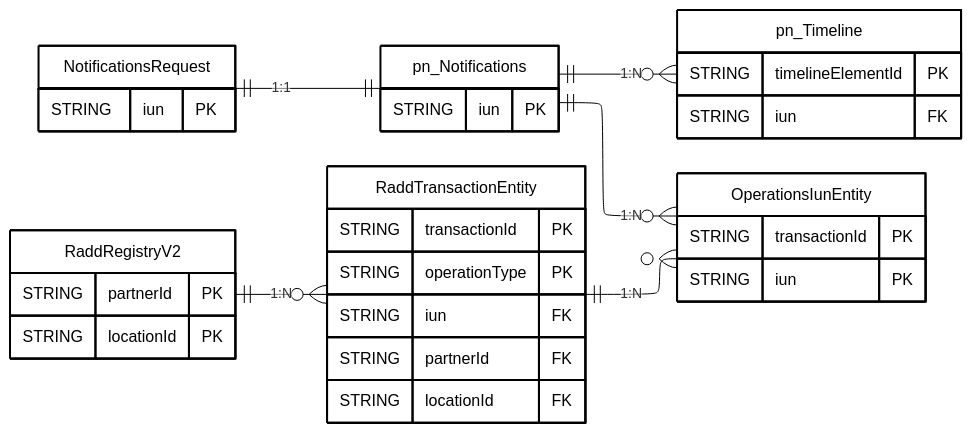
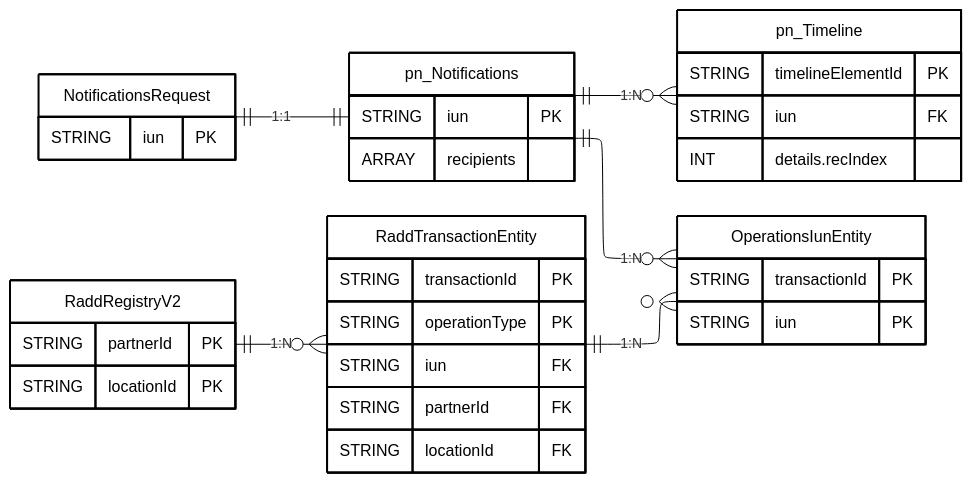
One commit to pagopa/pn-metrics changed the diagram in send_diagrams/data-models/send_er_model.mmd. Above: the diagram before and after it, drawn with Mermaid.

Commit message:
docs: update SEND ER diagram with join by recipient level

```diff
--- a/send_diagrams/data-models/send_er_model.mmd
+++ b/send_diagrams/data-models/send_er_model.mmd
@@ -1,96 +1,99 @@
 ---
 config:
   layout: elk
   theme: base
   themeVariables:
     background: "#FFFFFF"
     labelBackgroundColor: "#FFFFFF"
     entityBkgColor: "#FFFFFF"
     attributeBkgColor: "#FFFFFF"
     primaryColor: "#FFFFFF"
 ---
 erDiagram
 
     %% diagram version: 0.0.1
 
     %% sources:
     %% - dc-pn-Notifications.yaml
     %%   id: urn:send:pn:notifications
     %%   version: 0.0.1
     %% - dc-pn-timeline.yaml
     %%   id: urn:send:pn:timelines
     %%   version: 0.0.1
     %% - dc-radd-transaction-entity.yaml
     %%   id: urn:send:radd-alt:dc-radd-transaction-entity
     %%   version: 0.0.1
     %% - dc-radd-registry.yaml
     %%   id: urn:send:radd-alt:dc-radd-registry
     %%   version: 0.0.1
     %% - dc-operations-iuns-entity.yaml
     %%   id: urn:send:radd-alt:dc-operations-iuns-entity
     %%   version: 0.0.1
 
     %% CONVENZIONI
     %% - Diagramma di integrazione tra domini SEND e RADD
     %% - Sono riportate esclusivamente le entità principali
     %% - Sono riportati solamente attributi PK e FK
     %% - Le cardinalità derivano dai diagrammi di dettaglio dei singoli domini
     %% - I commenti descrivono la logica di correlazione tra le entità
 
     direction LR
 
     NotificationsRequest {
         STRING iun PK
     }
 
     pn_Notifications {
         STRING iun PK
+        ARRAY recipients
     }
 
     pn_Timeline {
         STRING timelineElementId PK
         STRING iun FK
+        INT details.recIndex
     }
 
     RaddRegistryV2 {
         STRING partnerId PK
         STRING locationId PK
     }
 
     RaddTransactionEntity {
         STRING transactionId PK
         STRING operationType PK
         STRING iun FK
         STRING partnerId FK
         STRING locationId FK
     }
 
     OperationsIunEntity {
         STRING transactionId PK
         STRING iun PK
     }
 
     %% RELAZIONI
     %% NotificationsRequest.iun = pn_Notifications.iun
     NotificationsRequest ||--|| pn_Notifications : "1:1"
 
-    %% pn_Notifications.iun = pn_Timeline.iun
+    %% Join a livello di notifica: pn_Notifications.iun = pn_Timeline.iun
+    %% Join a livello di destinatario: pn_Notifications.iun = pn_Timeline.iun AND pn_Notifications.recipient.pos = pn_Timeline.details.recIndex
     pn_Notifications ||--o{ pn_Timeline : "1:N"
 
     %% pn_Notifications.iun = OperationsIunEntity.iun
     pn_Notifications ||--o{ OperationsIunEntity : "1:N"
 
     %% RaddRegistryV2.partnerId = RaddTransactionEntity.partnerId AND RaddRegistryV2.locationId = RaddTransactionEntity.locationId
     RaddRegistryV2 ||--o{ RaddTransactionEntity : "1:N"
 
     %% RaddTransactionEntity.transactionId = OperationsIunEntity.transactionId
     RaddTransactionEntity ||--o{ OperationsIunEntity : "1:N"
     
     %% STILE
 
     style NotificationsRequest fill:#FFFFFF,stroke:#000000,stroke-width:2px,color:#000000
     style pn_Notifications fill:#FFFFFF,stroke:#000000,stroke-width:2px,color:#000000
     style pn_Timeline fill:#FFFFFF,stroke:#000000,stroke-width:2px,color:#000000
     style RaddRegistryV2 fill:#FFFFFF,stroke:#000000,stroke-width:2px,color:#000000
     style RaddTransactionEntity fill:#FFFFFF,stroke:#000000,stroke-width:2px,color:#000000
     style OperationsIunEntity fill:#FFFFFF,stroke:#000000,stroke-width:2px,color:#000000
```
